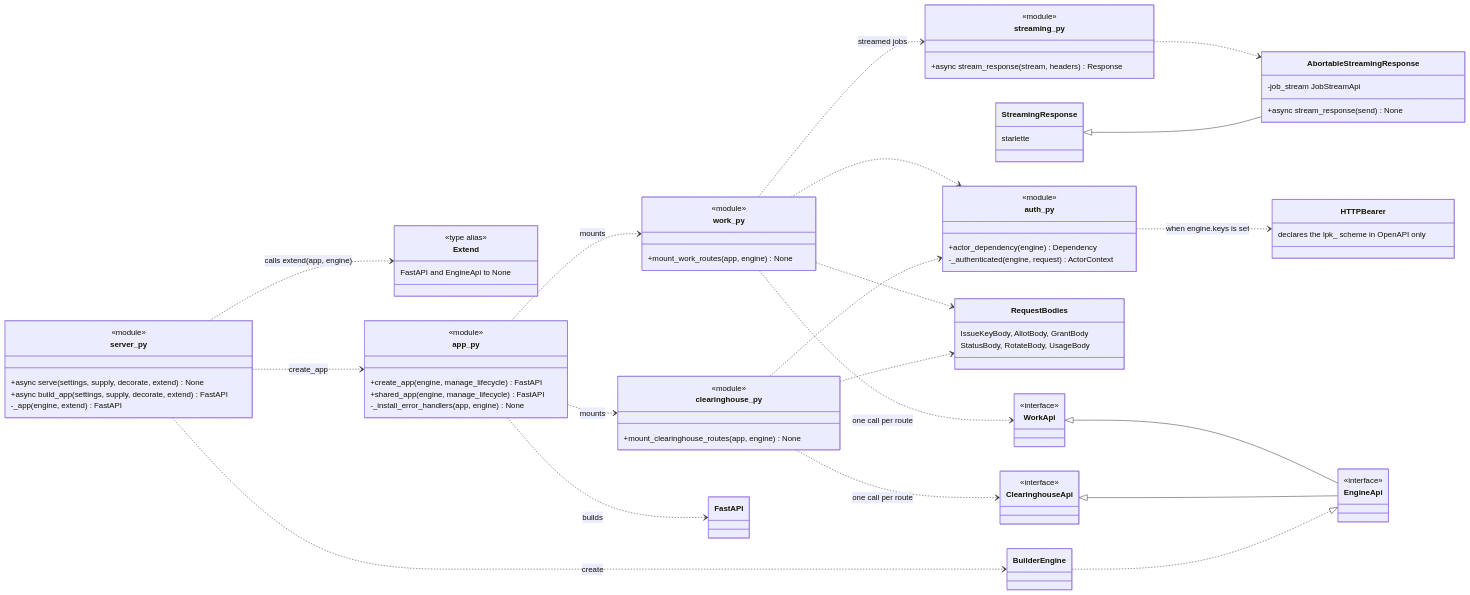
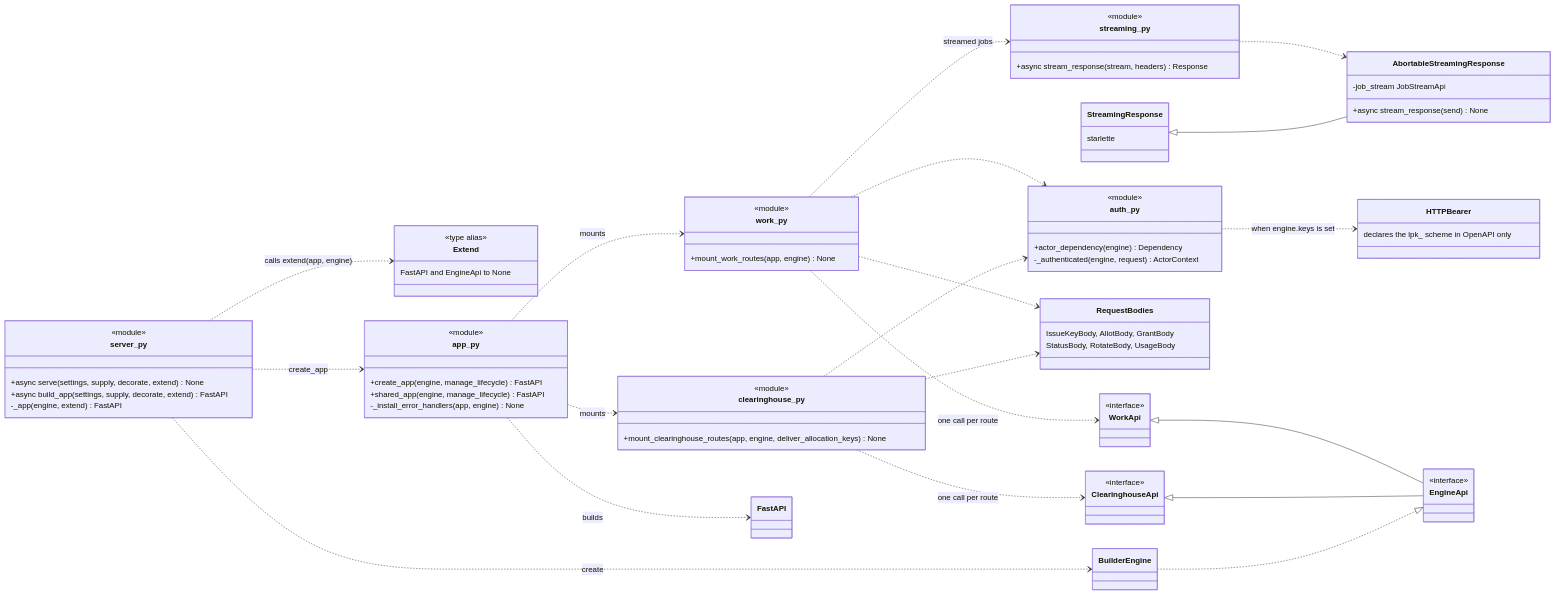
Before and after one commit to NE-Build-Track/livepeer-builder-core: diagram 12 of 16 in docs/design-docs/interfaces-and-http-servers.md, drawn with Mermaid. The commit also changed other lines of this file and 6 other files, not shown here.

First line of the commit message:
docs(architecture): the two halves, the facade and the upstream references match the code (#166)

````diff
--- a/docs/design-docs/interfaces-and-http-servers.md
+++ b/docs/design-docs/interfaces-and-http-servers.md
@@ -703,81 +708,81 @@
 ```mermaid
 classDiagram
     direction LR
     class server_py {
         <<module>>
         +async serve(settings, supply, decorate, extend) None
         +async build_app(settings, supply, decorate, extend) FastAPI
         -_app(engine, extend) FastAPI
     }
     class Extend {
         <<type alias>>
         FastAPI and EngineApi to None
     }
     class app_py {
         <<module>>
         +create_app(engine, manage_lifecycle) FastAPI
         +shared_app(engine, manage_lifecycle) FastAPI
         -_install_error_handlers(app, engine) None
     }
     class work_py {
         <<module>>
         +mount_work_routes(app, engine) None
     }
     class clearinghouse_py {
         <<module>>
-        +mount_clearinghouse_routes(app, engine) None
+        +mount_clearinghouse_routes(app, engine, deliver_allocation_keys) None
     }
     class auth_py {
         <<module>>
         +actor_dependency(engine) Dependency
         -_authenticated(engine, request) ActorContext
     }
     class streaming_py {
         <<module>>
         +async stream_response(stream, headers) Response
     }
     class AbortableStreamingResponse {
         -job_stream JobStreamApi
         +async stream_response(send) None
     }
     class StreamingResponse {
         starlette
     }
     class RequestBodies {
         IssueKeyBody, AllotBody, GrantBody
         StatusBody, RotateBody, UsageBody
     }
     class FastAPI
     class EngineApi {
         <<interface>>
     }
     class WorkApi {
         <<interface>>
     }
     class ClearinghouseApi {
         <<interface>>
     }
     class BuilderEngine
     class HTTPBearer {
         declares the lpk_ scheme in OpenAPI only
     }
     server_py ..> BuilderEngine : create
     server_py ..> app_py : create_app
     server_py ..> Extend : calls extend(app, engine)
     app_py ..> FastAPI : builds
     app_py ..> work_py : mounts
     app_py ..> clearinghouse_py : mounts
     work_py ..> WorkApi : one call per route
     clearinghouse_py ..> ClearinghouseApi : one call per route
     WorkApi <|-- EngineApi
     ClearinghouseApi <|-- EngineApi
     work_py ..> auth_py
     clearinghouse_py ..> auth_py
     auth_py ..> HTTPBearer : when engine.keys is set
     work_py ..> RequestBodies
     clearinghouse_py ..> RequestBodies
     work_py ..> streaming_py : streamed jobs
     streaming_py ..> AbortableStreamingResponse
     StreamingResponse <|-- AbortableStreamingResponse
     BuilderEngine ..|> EngineApi
 ```
````
